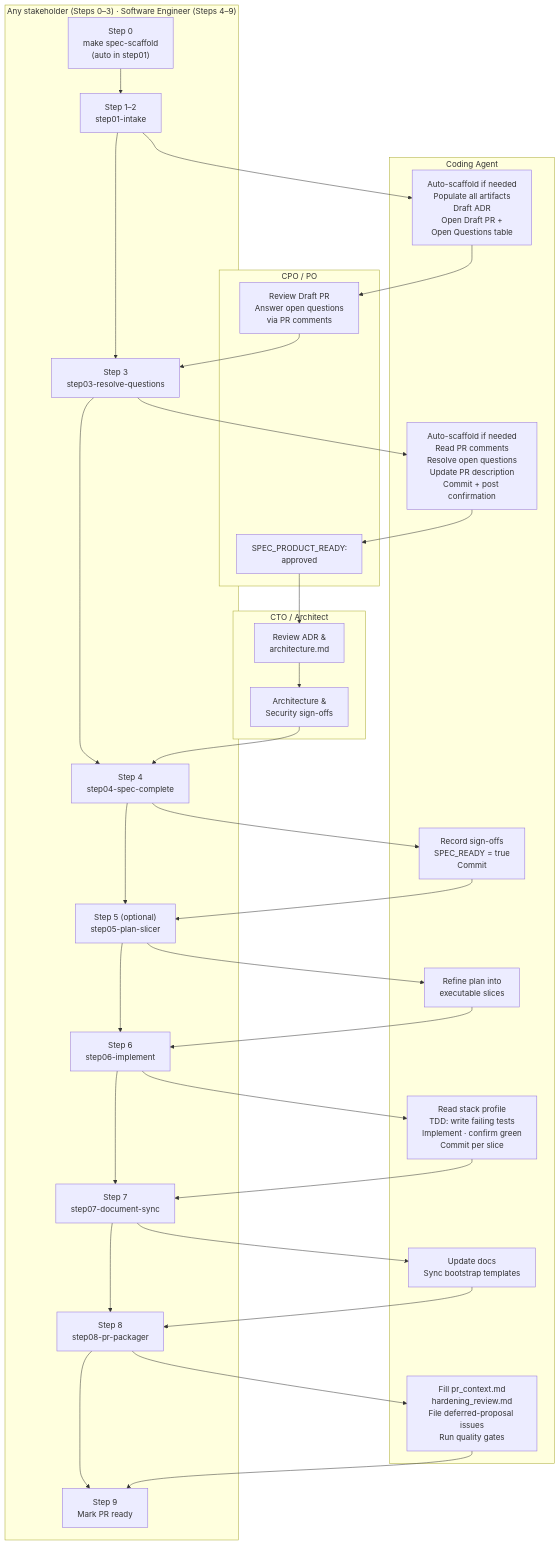
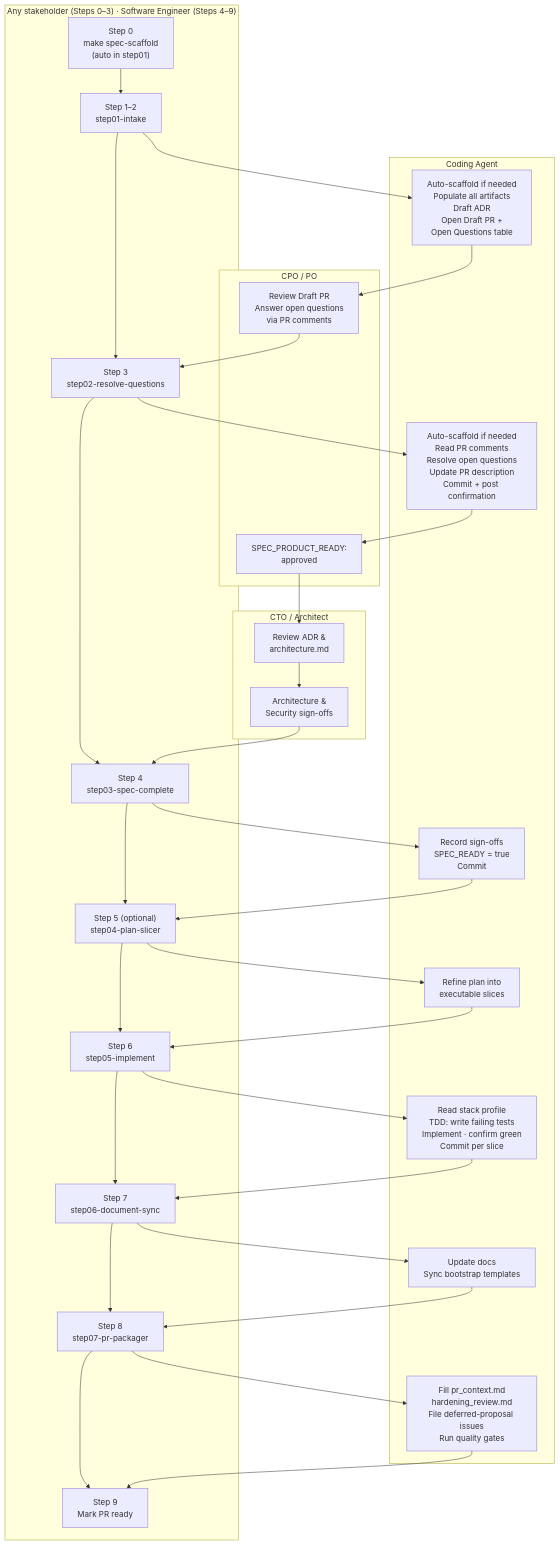
Before and after one commit to sbonoc/stackit-platform-blueprint: the second of 3 diagrams in scripts/templates/blueprint/bootstrap/docs/blueprint/governance/sdd_execution_guide.md, drawn with Mermaid. The commit also changed other lines of this file and 128 other files, not shown here.

````diff
--- a/scripts/templates/blueprint/bootstrap/docs/blueprint/governance/sdd_execution_guide.md
+++ b/scripts/templates/blueprint/bootstrap/docs/blueprint/governance/sdd_execution_guide.md
@@ -55,54 +55,54 @@
 ```mermaid
 flowchart TD
     subgraph PO["CPO / PO"]
         p1["Review Draft PR\nAnswer open questions\nvia PR comments"]
         p2["SPEC_PRODUCT_READY:\napproved"]
     end
 
     subgraph ARCH["CTO / Architect"]
         c1["Review ADR &\narchitecture.md"]
         c2["Architecture &\nSecurity sign-offs"]
     end
 
     subgraph SWE["Any stakeholder (Steps 0–3) · Software Engineer (Steps 4–9)"]
         s0["Step 0\nmake spec-scaffold\n(auto in step01)"]
         s1["Step 1–2\nstep01-intake"]
-        s2["Step 3\nstep03-resolve-questions"]
-        s3["Step 4\nstep04-spec-complete"]
-        s4["Step 5 (optional)\nstep05-plan-slicer"]
-        s5["Step 6\nstep06-implement"]
-        s6["Step 7\nstep07-document-sync"]
-        s7["Step 8\nstep08-pr-packager"]
+        s2["Step 3\nstep02-resolve-questions"]
+        s3["Step 4\nstep03-spec-complete"]
+        s4["Step 5 (optional)\nstep04-plan-slicer"]
+        s5["Step 6\nstep05-implement"]
+        s6["Step 7\nstep06-document-sync"]
+        s7["Step 8\nstep07-pr-packager"]
         s8["Step 9\nMark PR ready"]
         s0-->s1-->s2-->s3-->s4-->s5-->s6-->s7-->s8
     end
 
     subgraph AGENT["Coding Agent"]
         a1["Auto-scaffold if needed\nPopulate all artifacts\nDraft ADR\nOpen Draft PR +\nOpen Questions table"]
         a2["Auto-scaffold if needed\nRead PR comments\nResolve open questions\nUpdate PR description\nCommit + post confirmation"]
         a3["Record sign-offs\nSPEC_READY = true\nCommit"]
         a4["Refine plan into\nexecutable slices"]
         a5["Read stack profile\nTDD: write failing tests\nImplement · confirm green\nCommit per slice"]
         a6["Update docs\nSync bootstrap templates"]
         a7["Fill pr_context.md\nhardening_review.md\nFile deferred-proposal issues\nRun quality gates"]
     end
 
     s1 --> a1
     a1 --> p1
     p1 --> s2
     s2 --> a2
     a2 --> p2
     p2 --> c1
     c1 --> c2
     c2 --> s3
     s3 --> a3
     a3 --> s4
     s4 --> a4
     a4 --> s5
     s5 --> a5
     a5 --> s6
     s6 --> a6
     a6 --> s7
     s7 --> a7
     a7 --> s8
 ```
````
